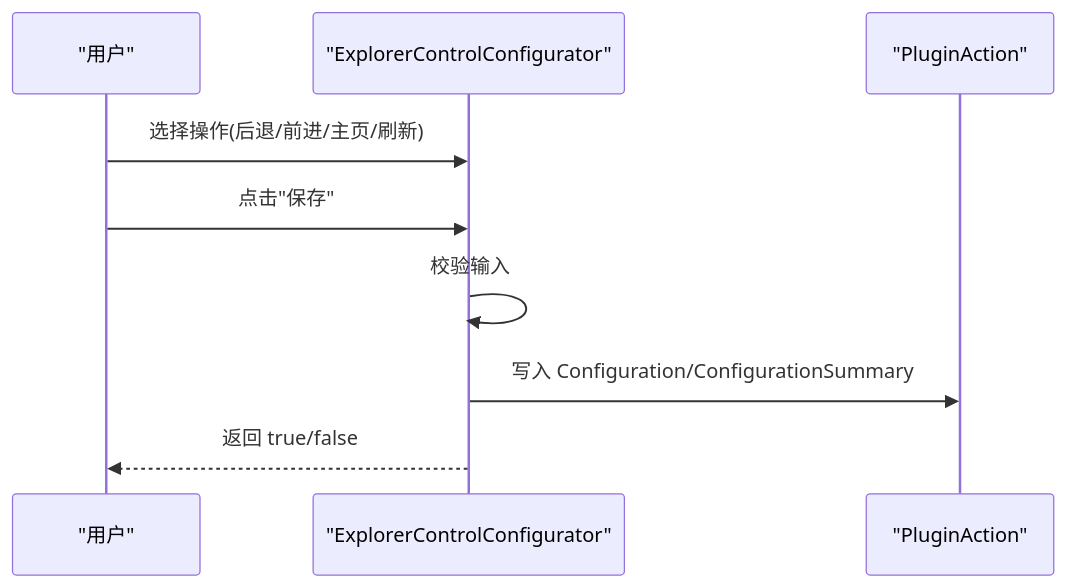
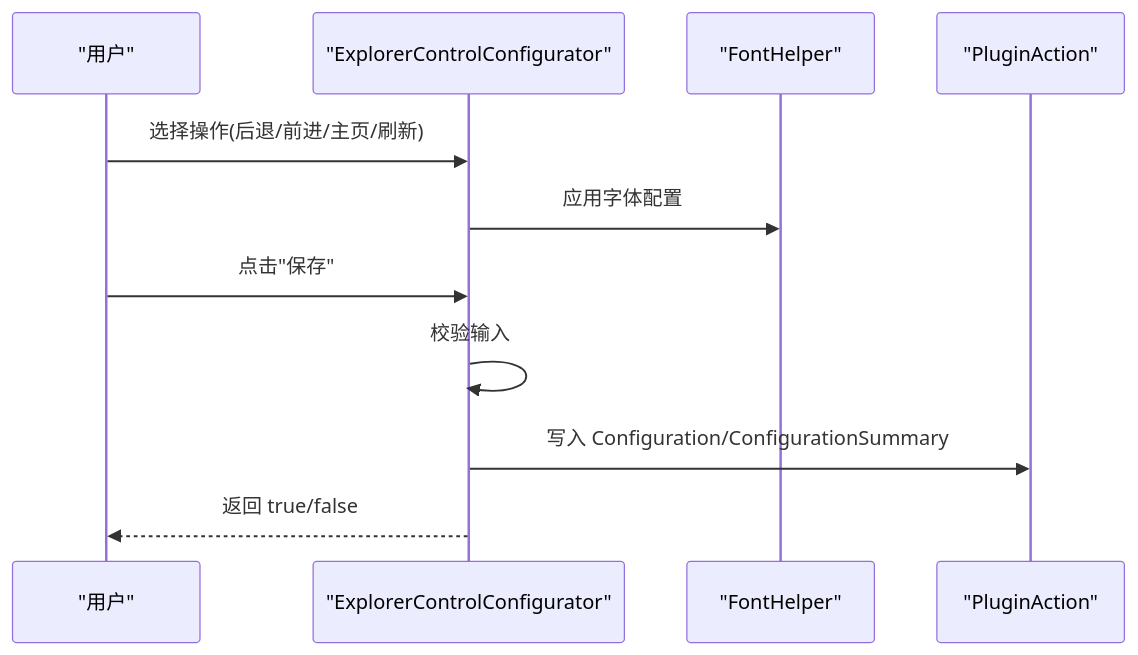
One commit to tea4go/Macro-Deck-Windows-Utils-Plugin changed the seventh of 18 diagrams in .qoder/repowiki/zh/content/开发者指南/GUI组件开发/GUI组件开发.md. Above: the diagram before and after it, drawn with Mermaid. The commit also changed other lines of this file and 13 other files, not shown here.

````diff
--- a/.qoder/repowiki/zh/content/开发者指南/GUI组件开发/GUI组件开发.md
+++ b/.qoder/repowiki/zh/content/开发者指南/GUI组件开发/GUI组件开发.md
@@ -178,11 +266,13 @@
 ```mermaid
 sequenceDiagram
 participant U as "用户"
 participant C as "ExplorerControlConfigurator"
+participant F as "FontHelper"
 participant A as "PluginAction"
 U->>C : 选择操作(后退/前进/主页/刷新)
+C->>F : 应用字体配置
 U->>C : 点击"保存"
 C->>C : 校验输入
 C->>A : 写入 Configuration/ConfigurationSummary
 C-->>U : 返回 true/false
 ```
````
